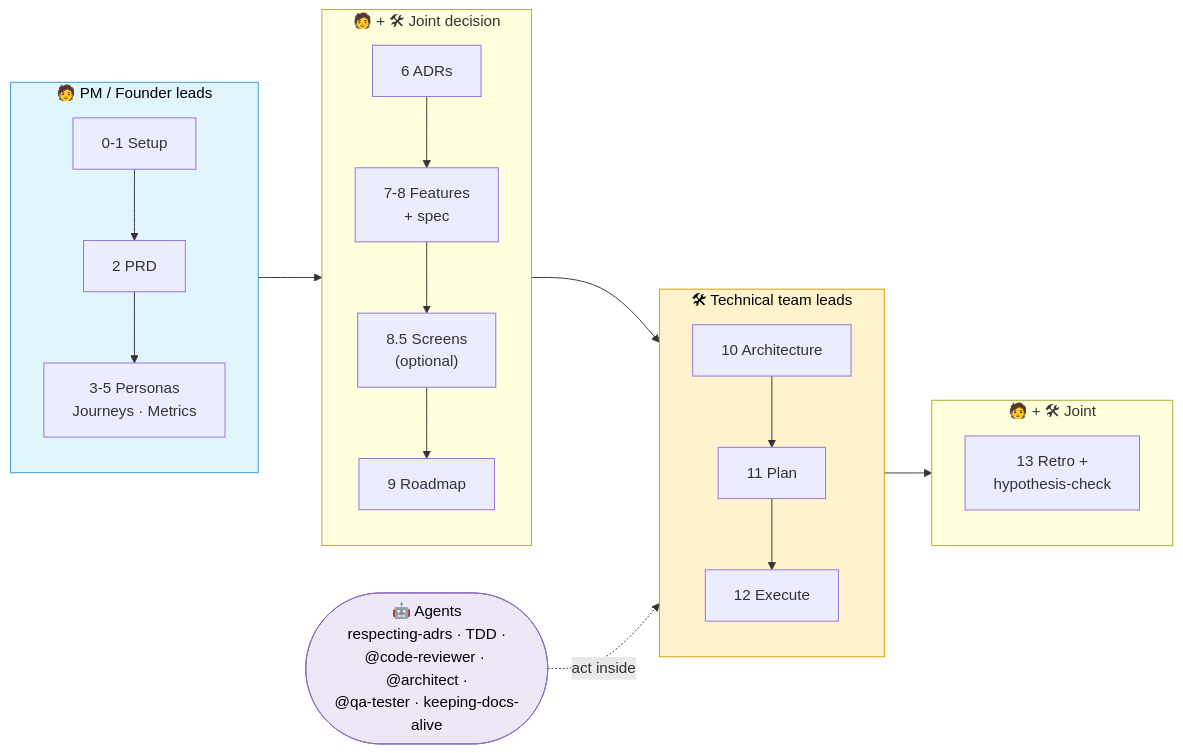
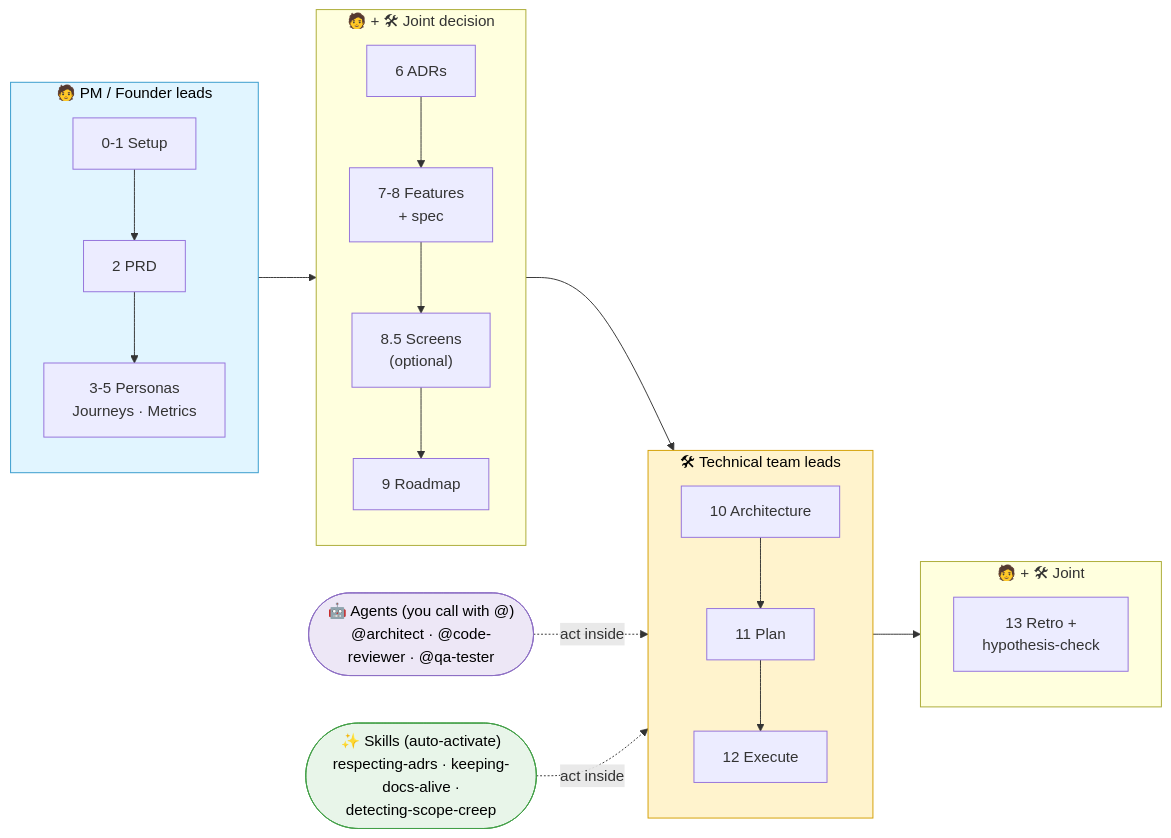
One commit to AInsteinsBR/renata changed the third of 5 diagrams in GETTING-STARTED.md. Above: the diagram before and after it, drawn with Mermaid. The commit also changed other lines of this file and 3 other files, not shown here.

Commit message:
docs: fix agents/skills coverage — diagram skill≠agent, pattern-mapper note, scope-creep behavior, agent outputs (EN+PT)

````diff
--- a/GETTING-STARTED.md
+++ b/GETTING-STARTED.md
@@ -159,31 +159,35 @@
 ```mermaid
 flowchart LR
     subgraph PM["🧑 PM / Founder leads"]
         direction TB
         P1["0-1 Setup"] --> P2["2 PRD"] --> P3["3-5 Personas<br/>Journeys · Metrics"]
     end
     subgraph JUNTO["🧑 + 🛠 Joint decision"]
         direction TB
         J1["6 ADRs"] --> J2["7-8 Features<br/>+ spec"] --> J3["8.5 Screens<br/>(optional)"] --> J4["9 Roadmap"]
     end
     subgraph TECH["🛠 Technical team leads"]
         direction TB
         T1b["10 Architecture"] --> T2b["11 Plan"] --> T3b["12 Execute"]
     end
     subgraph FECHA["🧑 + 🛠 Joint"]
         direction TB
         F1["13 Retro +<br/>hypothesis-check"]
     end
-    AG(["🤖 Agents<br/>respecting-adrs · TDD ·<br/>@code-reviewer · @architect ·<br/>@qa-tester · keeping-docs-alive"])
+    AG(["🤖 Agents (you call with @)<br/>@architect · @code-reviewer · @qa-tester"])
+    SK(["✨ Skills (auto-activate)<br/>respecting-adrs · keeping-docs-alive ·<br/>detecting-scope-creep"])
 
     PM --> JUNTO --> TECH --> FECHA
     AG -.act inside.-> TECH
+    SK -.act inside.-> TECH
 
     classDef pm    fill:#e1f5ff,stroke:#3399cc,color:#000
     classDef tech  fill:#fff3cd,stroke:#d39e00,color:#000
     classDef agent fill:#ede7f6,stroke:#8e6fc4,color:#000
+    classDef skill fill:#e8f5e9,stroke:#43a047,color:#000
 
     class PM pm
     class TECH tech
     class AG agent
+    class SK skill
 ```
````
